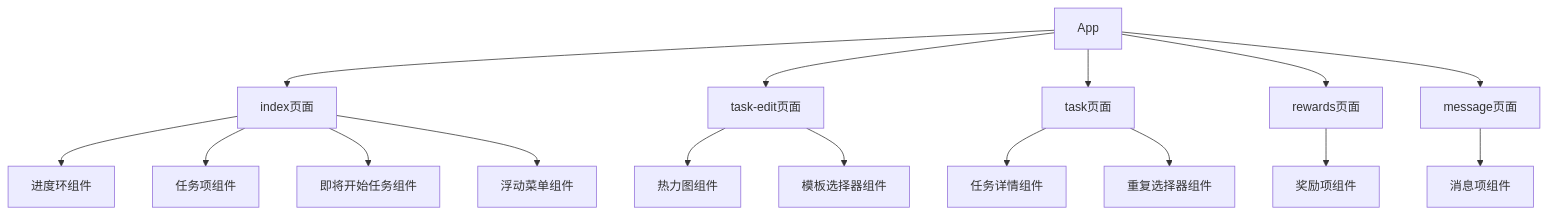
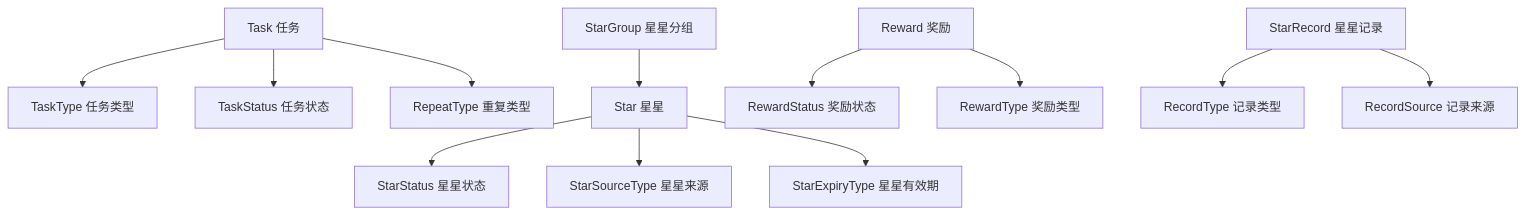
The second of 7 diagrams in .cursor/rules/system/system_architecture.md (wangdafei091/study_task_wechat), drawn with Mermaid before and after one commit. The commit also changed other lines of this file and 9 other files, not shown here.

````diff
--- a/.cursor/rules/system/system_architecture.md
+++ b/.cursor/rules/system/system_architecture.md
@@ -34,23 +61,18 @@
 ```mermaid
 graph TD
-    A[App] --> B[index页面]
-    A --> C[task-edit页面]
-    A --> D[task页面]
-    A --> E[rewards页面]
-    A --> F[message页面]
+    A[Task 任务] --> B[TaskType 任务类型]
+    A --> C[TaskStatus 任务状态]
+    A --> D[RepeatType 重复类型]
     
-    B --> G[进度环组件]
-    B --> H[任务项组件]
-    B --> I[即将开始任务组件]
-    B --> J[浮动菜单组件]
+    E[Star 星星] --> F[StarStatus 星星状态]
+    E --> G[StarSourceType 星星来源]
+    E --> H[StarExpiryType 星星有效期]
     
-    C --> K[热力图组件]
-    C --> L[模板选择器组件]
+    I[StarGroup 星星分组] --> E
     
-    D --> M[任务详情组件]
-    D --> N[重复选择器组件]
+    J[Reward 奖励] --> K[RewardStatus 奖励状态]
+    J --> L[RewardType 奖励类型]
     
-    E --> O[奖励项组件]
-    
-    F --> P[消息项组件]
+    M[StarRecord 星星记录] --> N[RecordType 记录类型]
+    M --> O[RecordSource 记录来源]
 ```
````
